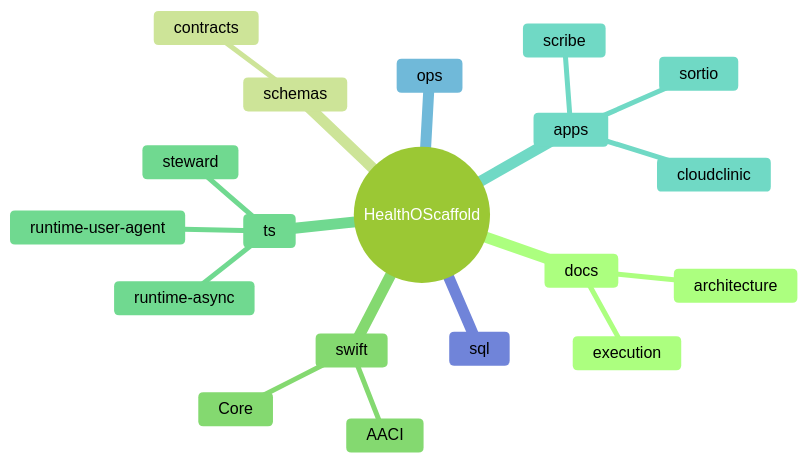
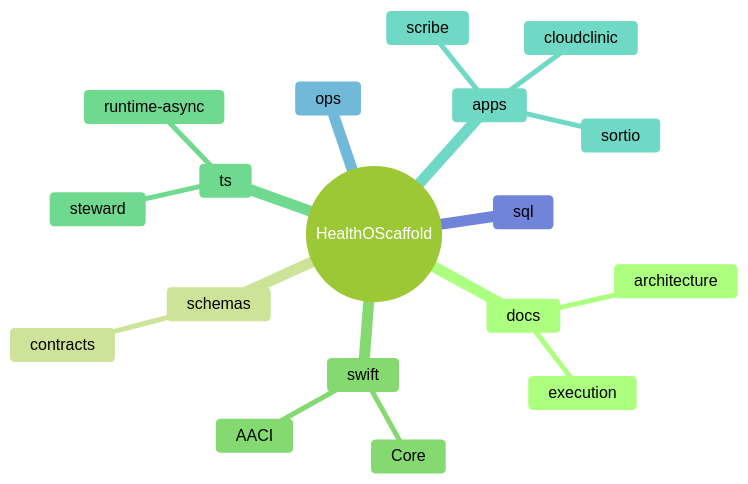
One commit to myselfgus/HealthOScaffold changed the second of 2 diagrams in README.md. Above: the diagram before and after it, drawn with Mermaid (forest theme). The commit also changed other lines of this file, not shown here.

````diff
--- a/README.md
+++ b/README.md
@@ -79,22 +92,21 @@
 ```mermaid
 mindmap
   root((HealthOScaffold))
     docs
       architecture
       execution
     schemas
       contracts
     swift
       Core
       AACI
     ts
       steward
       runtime-async
-      runtime-user-agent
     apps
       scribe
       sortio
       cloudclinic
     ops
     sql
 ```
````
